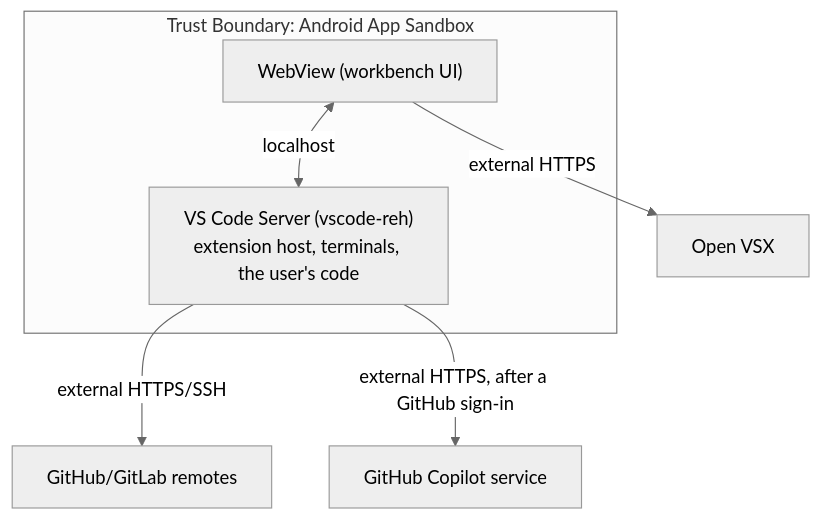
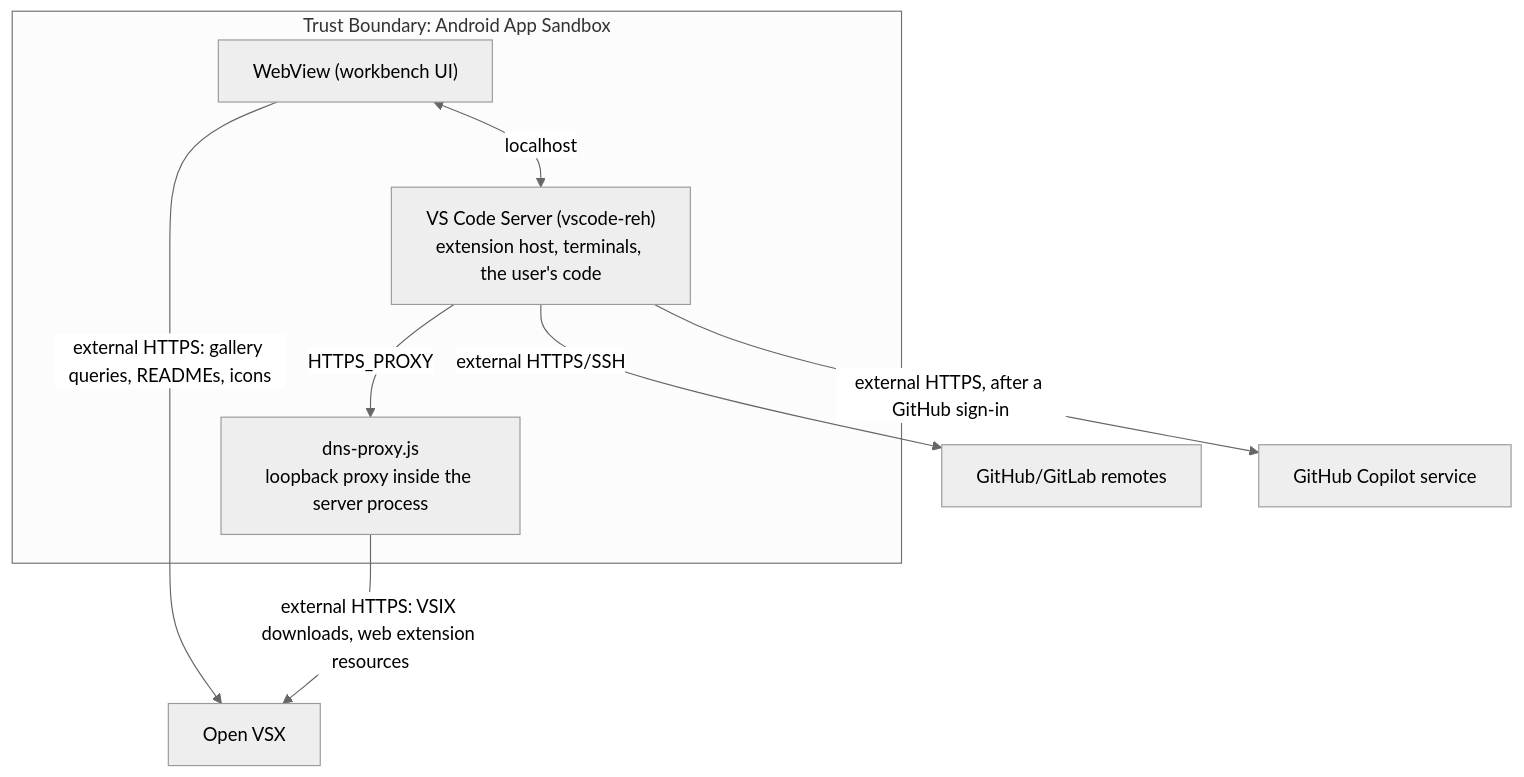
Before and after one commit to rmyndharis/VSCodroid: the diagram in docs/06-SECURITY.md, drawn with Mermaid (neutral theme). The commit also changed other lines of this file and 13 other files, not shown here.

````diff
--- a/docs/06-SECURITY.md
+++ b/docs/06-SECURITY.md
@@ -24,9 +24,11 @@
 ```mermaid
 flowchart TD
   subgraph SANDBOX["Trust Boundary: Android App Sandbox"]
     W["WebView (workbench UI)"] <--> |"localhost"| N["VS Code Server (vscode-reh)<br/>extension host, terminals, the user's code"]
+    N --> |"HTTPS_PROXY"| P["dns-proxy.js<br/>loopback proxy inside the server process"]
   end
-  W --> |"external HTTPS"| O["Open VSX"]
+  W --> |"external HTTPS: gallery queries, READMEs, icons"| O["Open VSX"]
+  P --> |"external HTTPS: VSIX downloads, web extension resources"| O
   N --> |"external HTTPS/SSH"| G["GitHub/GitLab remotes"]
   N --> |"external HTTPS, after a GitHub sign-in"| C["GitHub Copilot service"]
 ```
````
